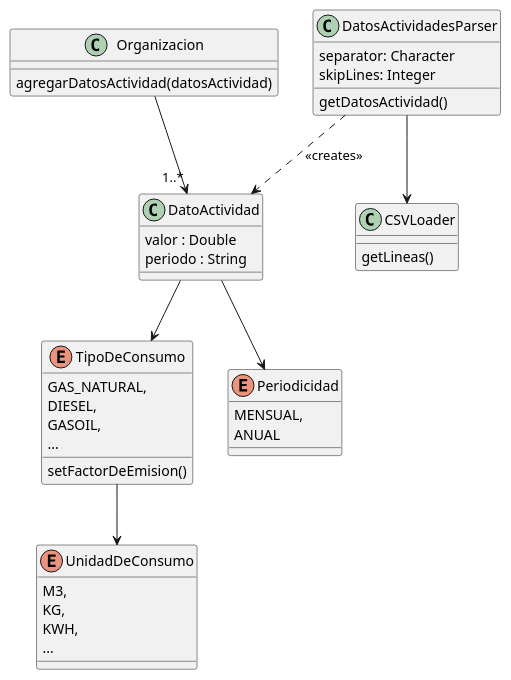
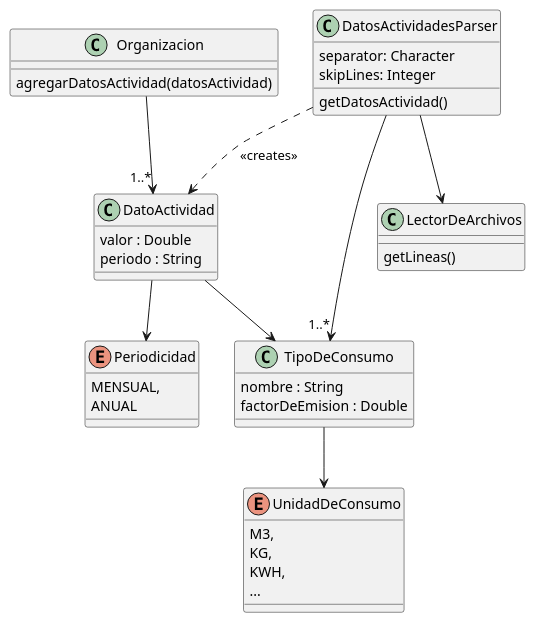
One commit to RaniAgus/dds-2022 changed the diagram in docs/tpa2/tpa2-datos-actividad.puml. Above: the diagram before and after it, drawn with PlantUML. The commit also changed 3 other files, not shown here.

Commit message:
completo diagramas tpa2

```diff
--- a/docs/tpa2/tpa2-datos-actividad.puml
+++ b/docs/tpa2/tpa2-datos-actividad.puml
@@ -1,52 +1,50 @@
 @startuml
 
 class Organizacion {
     agregarDatosActividad(datosActividad)
 }
 
 Organizacion --> "1..*" DatoActividad
 
 class DatosActividadesParser {
     separator: Character
     skipLines: Integer
     getDatosActividad()
 }
 
-DatosActividadesParser --> CSVLoader
+DatosActividadesParser --> LectorDeArchivos
+DatosActividadesParser --> "1..*" TipoDeConsumo
 DatosActividadesParser ..> DatoActividad : <<creates>>
 
-class CSVLoader {
+class LectorDeArchivos {
     getLineas()
 }
 
 class DatoActividad {
     valor : Double
     periodo : String
 }
 
 DatoActividad --> TipoDeConsumo
 DatoActividad --> Periodicidad
 
-enum TipoDeConsumo {
-    GAS_NATURAL,
-    DIESEL,
-    GASOIL,
-    ...
-    setFactorDeEmision()
+class TipoDeConsumo {
+    nombre : String
+    factorDeEmision : Double
 }
 
 TipoDeConsumo --> UnidadDeConsumo
 
 enum UnidadDeConsumo {
     M3,
     KG,
     KWH,
     ...
 }
 
 enum Periodicidad {
     MENSUAL,
     ANUAL
 }
 
 @enduml
```
